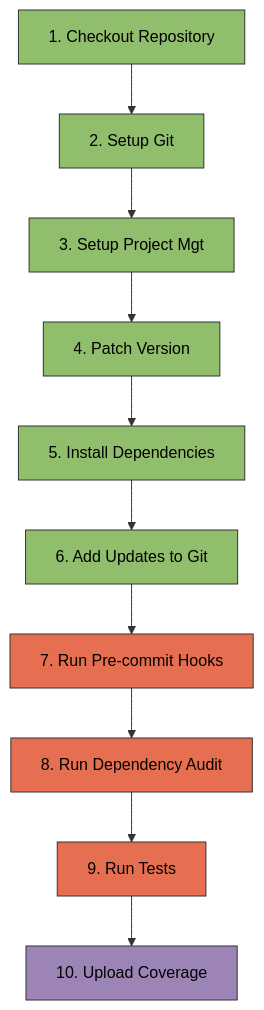
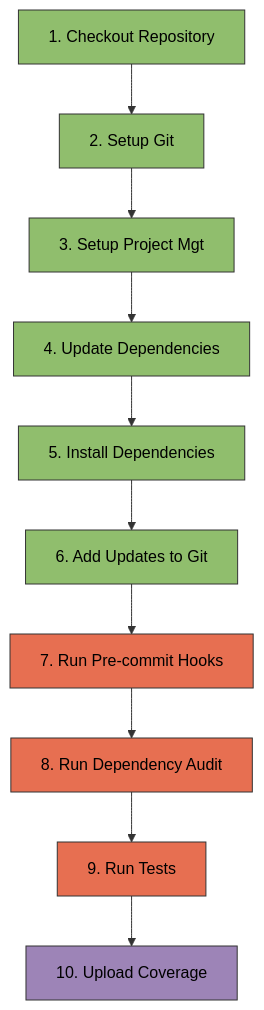
One commit to Winipedia/pyrig changed the third of 3 diagrams in docs/configs/workflows/health_check.md. Above: the diagram before and after it, drawn with Mermaid. The commit also changed other lines of this file and 9 other files, not shown here.

````diff
--- a/docs/configs/workflows/health_check.md
+++ b/docs/configs/workflows/health_check.md
@@ -170,23 +145,23 @@
 ```mermaid
 graph TD
     S1[1. Checkout Repository] --> S2[2. Setup Git]
     S2 --> S3[3. Setup Project Mgt]
-    S3 --> S4[4. Patch Version]
+    S3 --> S4[4. Update Dependencies]
     S4 --> S5[5. Install Dependencies]
     S5 --> S6[6. Add Updates to Git]
     S6 --> S7[7. Run Pre-commit Hooks]
     S7 --> S8[8. Run Dependency Audit]
     S8 --> S9[9. Run Tests]
     S9 --> S10[10. Upload Coverage]
 
     style S1 fill:#90be6d,stroke:#333,stroke-width:1px,color:#000
     style S2 fill:#90be6d,stroke:#333,stroke-width:1px,color:#000
     style S3 fill:#90be6d,stroke:#333,stroke-width:1px,color:#000
     style S4 fill:#90be6d,stroke:#333,stroke-width:1px,color:#000
     style S5 fill:#90be6d,stroke:#333,stroke-width:1px,color:#000
     style S6 fill:#90be6d,stroke:#333,stroke-width:1px,color:#000
     style S7 fill:#e76f51,stroke:#333,stroke-width:1px,color:#000
     style S8 fill:#e76f51,stroke:#333,stroke-width:1px,color:#000
     style S9 fill:#e76f51,stroke:#333,stroke-width:1px,color:#000
     style S10 fill:#9d84b7,stroke:#333,stroke-width:1px,color:#000
 ```
````
